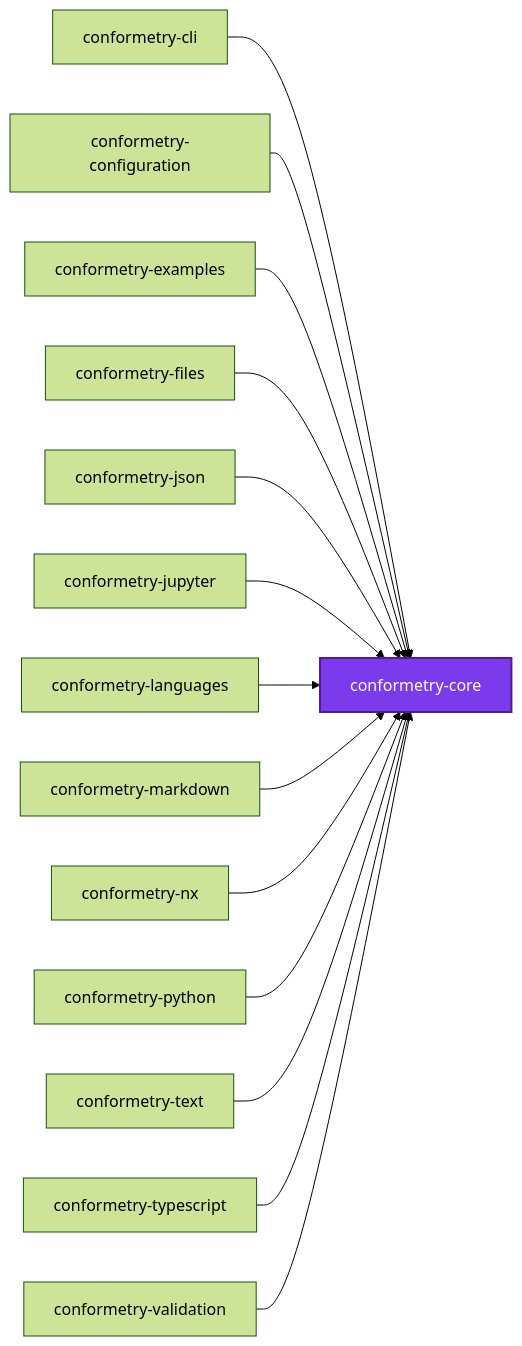
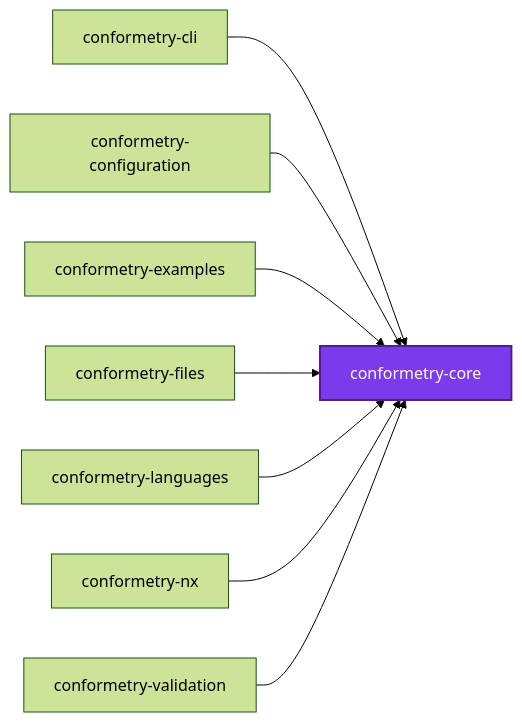
One commit to JimmyPaolini/codebase changed the first of 3 diagrams in packages/conformetry-core/README.md. Above: the diagram before and after it, drawn with Mermaid (forest theme). The commit also changed 165 other files, not shown here.

````diff
--- a/packages/conformetry-core/README.md
+++ b/packages/conformetry-core/README.md
@@ -187,32 +187,20 @@
 ```mermaid
 graph LR
   conformetry_cli["conformetry-cli"]
   conformetry_configuration["conformetry-configuration"]
   conformetry_core["conformetry-core"]
   conformetry_examples["conformetry-examples"]
   conformetry_files["conformetry-files"]
-  conformetry_json["conformetry-json"]
-  conformetry_jupyter["conformetry-jupyter"]
   conformetry_languages["conformetry-languages"]
-  conformetry_markdown["conformetry-markdown"]
   conformetry_nx["conformetry-nx"]
-  conformetry_python["conformetry-python"]
-  conformetry_text["conformetry-text"]
-  conformetry_typescript["conformetry-typescript"]
   conformetry_validation["conformetry-validation"]
   conformetry_cli --> conformetry_core
   conformetry_configuration --> conformetry_core
   conformetry_examples --> conformetry_core
   conformetry_files --> conformetry_core
-  conformetry_json --> conformetry_core
-  conformetry_jupyter --> conformetry_core
   conformetry_languages --> conformetry_core
-  conformetry_markdown --> conformetry_core
   conformetry_nx --> conformetry_core
-  conformetry_python --> conformetry_core
-  conformetry_text --> conformetry_core
-  conformetry_typescript --> conformetry_core
   conformetry_validation --> conformetry_core
   classDef subject fill:#7c3aed,color:#fff,stroke:#4c1d95,stroke-width:2px
   class conformetry_core subject
 ```
````
